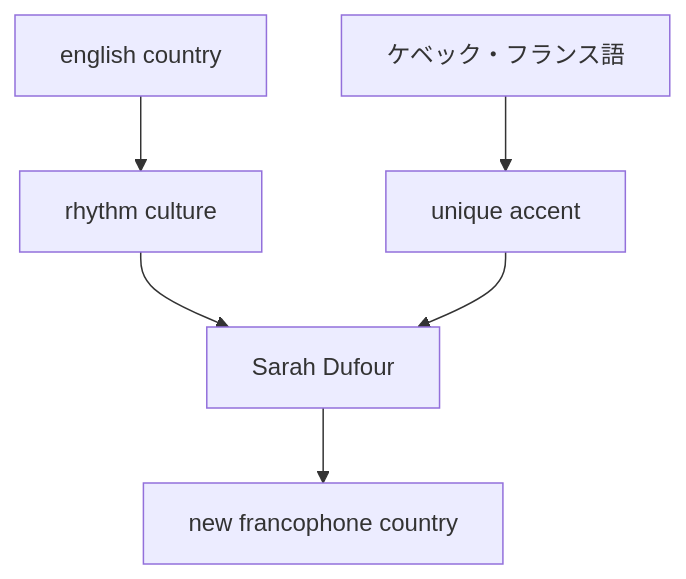
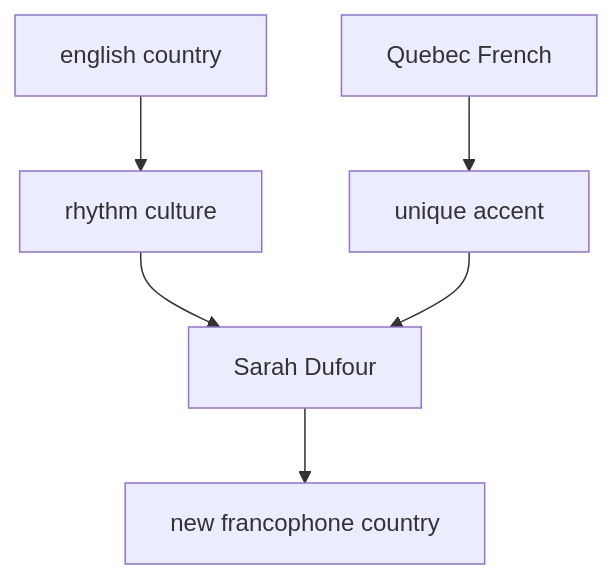
The seventh of 9 diagrams in en/_posts/2026-05-09-column-sarah-dufour.md (monumental-movement/monumental-movement.github.io), drawn with Mermaid before and after one commit. The commit also changed other lines of this file and 851 other files, not shown here.

```diff
--- a/en/_posts/2026-05-09-column-sarah-dufour.md
+++ b/en/_posts/2026-05-09-column-sarah-dufour.md
@@ -291,10 +291,10 @@
 <div class="mermaid">
 graph TD
 A[english country] --> C[rhythm culture]
-B[ケベック・フランス語] --> D[unique accent]
+B[Quebec French] --> D[unique accent]
 
 C --> E[Sarah Dufour]
 D --> E
 
 E --> F[new francophone country]
 </div>
```
